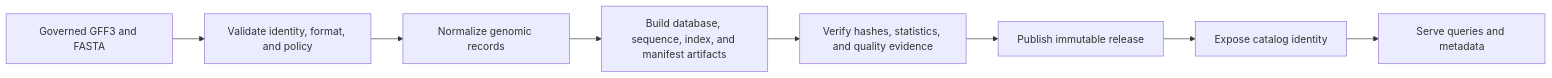
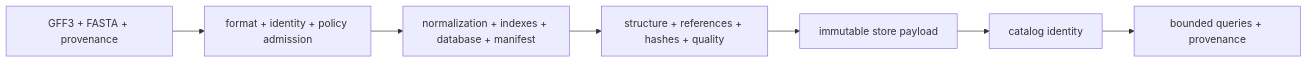
One commit to bijux/bijux-atlas changed the first of 3 diagrams in docs/bijux-atlas/foundations/what-atlas-is.md. Above: the diagram before and after it, drawn with Mermaid. The commit also changed other lines of this file and 2 other files, not shown here.

````diff
--- a/docs/bijux-atlas/foundations/what-atlas-is.md
+++ b/docs/bijux-atlas/foundations/what-atlas-is.md
@@ -74,10 +21,9 @@
 ```mermaid
 flowchart LR
-    Sources[Governed GFF3 and FASTA] --> Admission[Validate identity, format, and policy]
-    Admission --> Normalize[Normalize genomic records]
-    Normalize --> Build[Build database, sequence, index, and manifest artifacts]
-    Build --> Verify[Verify hashes, statistics, and quality evidence]
-    Verify --> Publish[Publish immutable release]
-    Publish --> Catalog[Expose catalog identity]
-    Catalog --> Serve[Serve queries and metadata]
+    Source["GFF3 + FASTA + provenance"] --> Admit["format + identity + policy admission"]
+    Admit --> Build["normalization + indexes + database + manifest"]
+    Build --> Verify["structure + references + hashes + quality"]
+    Verify --> Publish["immutable store payload"]
+    Publish --> Promote["catalog identity"]
+    Promote --> Serve["bounded queries + provenance"]
 ```
````
